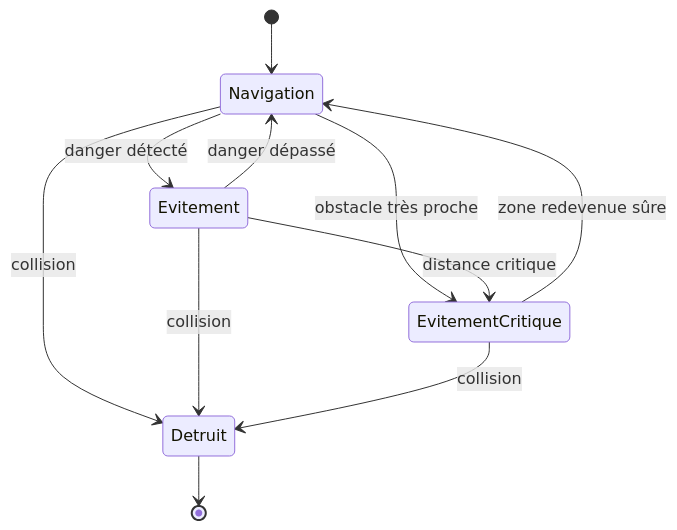
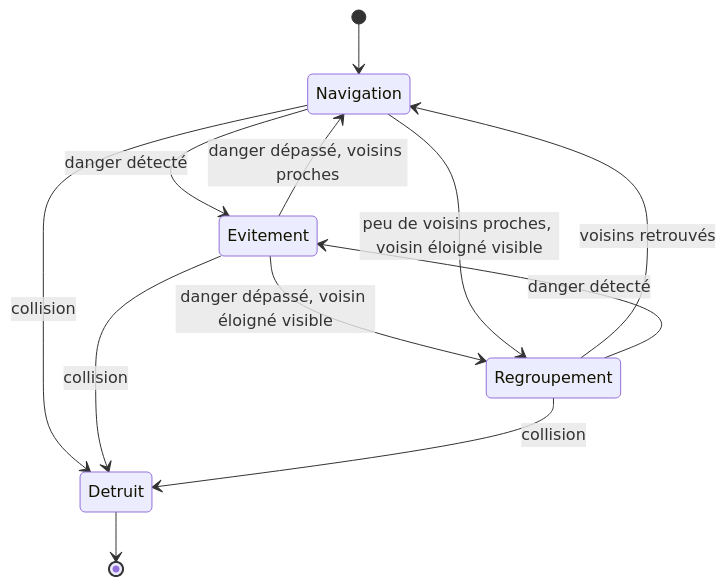
Before and after one commit to Hoarau-arnaud/Godot_M2_ILIADE: the first of 5 diagrams in RAPPORT.md, drawn with Mermaid. The commit also changed other lines of this file and 8 other files, not shown here.

````diff
--- a/RAPPORT.md
+++ b/RAPPORT.md
@@ -92,17 +125,17 @@
 ```mermaid
 stateDiagram-v2
     [*] --> Navigation
 
     Navigation --> Evitement : danger détecté
-    Evitement --> Navigation : danger dépassé
-
-    Navigation --> EvitementCritique : obstacle très proche
-    Evitement --> EvitementCritique : distance critique
-    EvitementCritique --> Navigation : zone redevenue sûre
+    Evitement --> Navigation : danger dépassé, voisins proches
+    Evitement --> Regroupement : danger dépassé, voisin éloigné visible
+    Navigation --> Regroupement : peu de voisins proches, voisin éloigné visible
+    Regroupement --> Navigation : voisins retrouvés
+    Regroupement --> Evitement : danger détecté
 
     Navigation --> Detruit : collision
     Evitement --> Detruit : collision
-    EvitementCritique --> Detruit : collision
+    Regroupement --> Detruit : collision
 
     Detruit --> [*]
 ```
````
